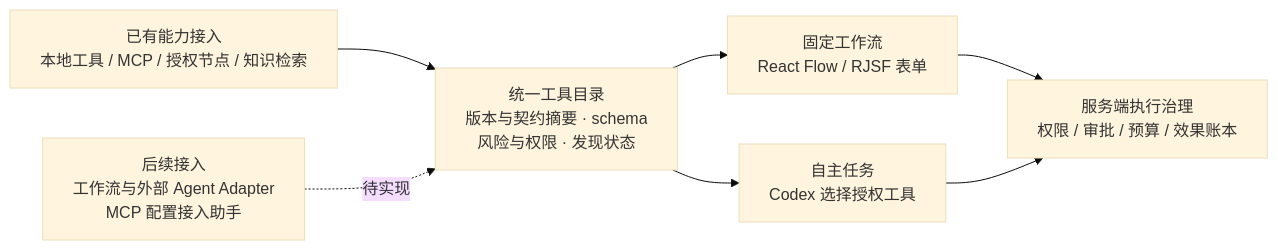
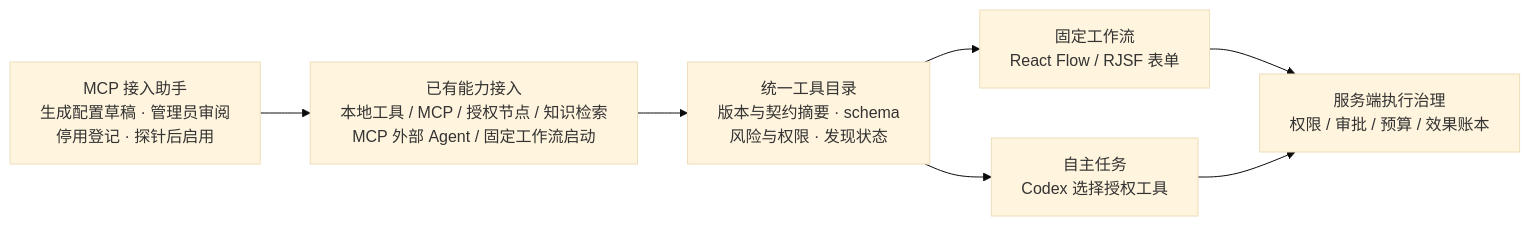
Before and after one commit to nontracey/AgentOS-Core: the diagram in docs/modules/capabilities.md, drawn with Mermaid. The commit also changed other lines of this file and 42 other files, not shown here.

````diff
--- a/docs/modules/capabilities.md
+++ b/docs/modules/capabilities.md
@@ -20,14 +20,14 @@
 ```mermaid
 %%{init: {"flowchart": {"wrappingWidth": 320}, "theme": "base"}}%%
 flowchart LR
-    Connect["已有能力接入<br/>本地工具 / MCP / 授权节点 / 知识检索"]
+    Connect["已有能力接入<br/>本地工具 / MCP / 授权节点 / 知识检索<br/>MCP 外部 Agent / 固定工作流启动"]
     Catalog["统一工具目录<br/>版本与契约摘要 · schema<br/>风险与权限 · 发现状态"]
     Flow["固定工作流<br/>React Flow / RJSF 表单"]
     Auto["自主任务<br/>Codex 选择授权工具"]
     Gate["服务端执行治理<br/>权限 / 审批 / 预算 / 效果账本"]
-    Future["后续接入<br/>工作流与外部 Agent Adapter<br/>MCP 配置接入助手"]
+    Assist["MCP 接入助手<br/>生成配置草稿 · 管理员审阅<br/>停用登记 · 探针后启用"]
     Connect --> Catalog
     Catalog --> Flow --> Gate
     Catalog --> Auto --> Gate
-    Future -. 待实现 .-> Catalog
+    Assist --> Connect
 ```
````
